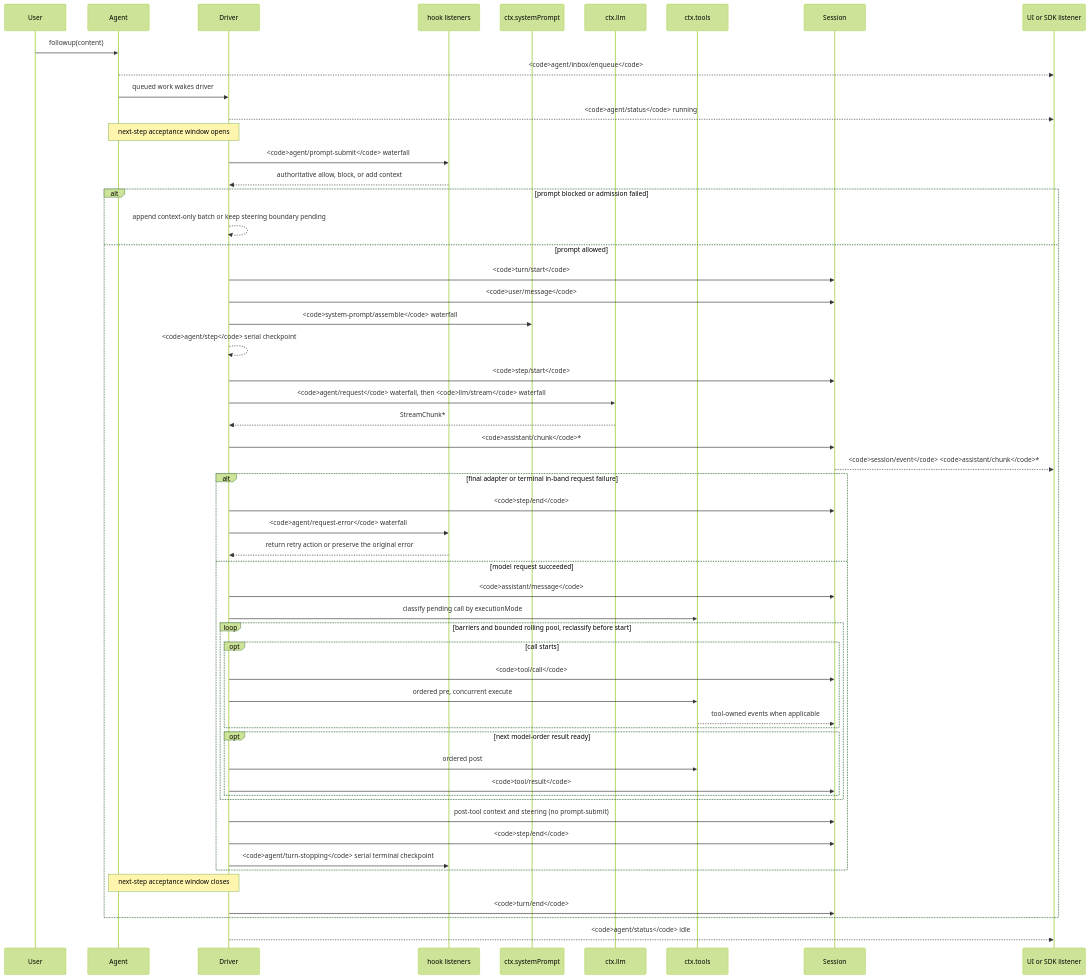
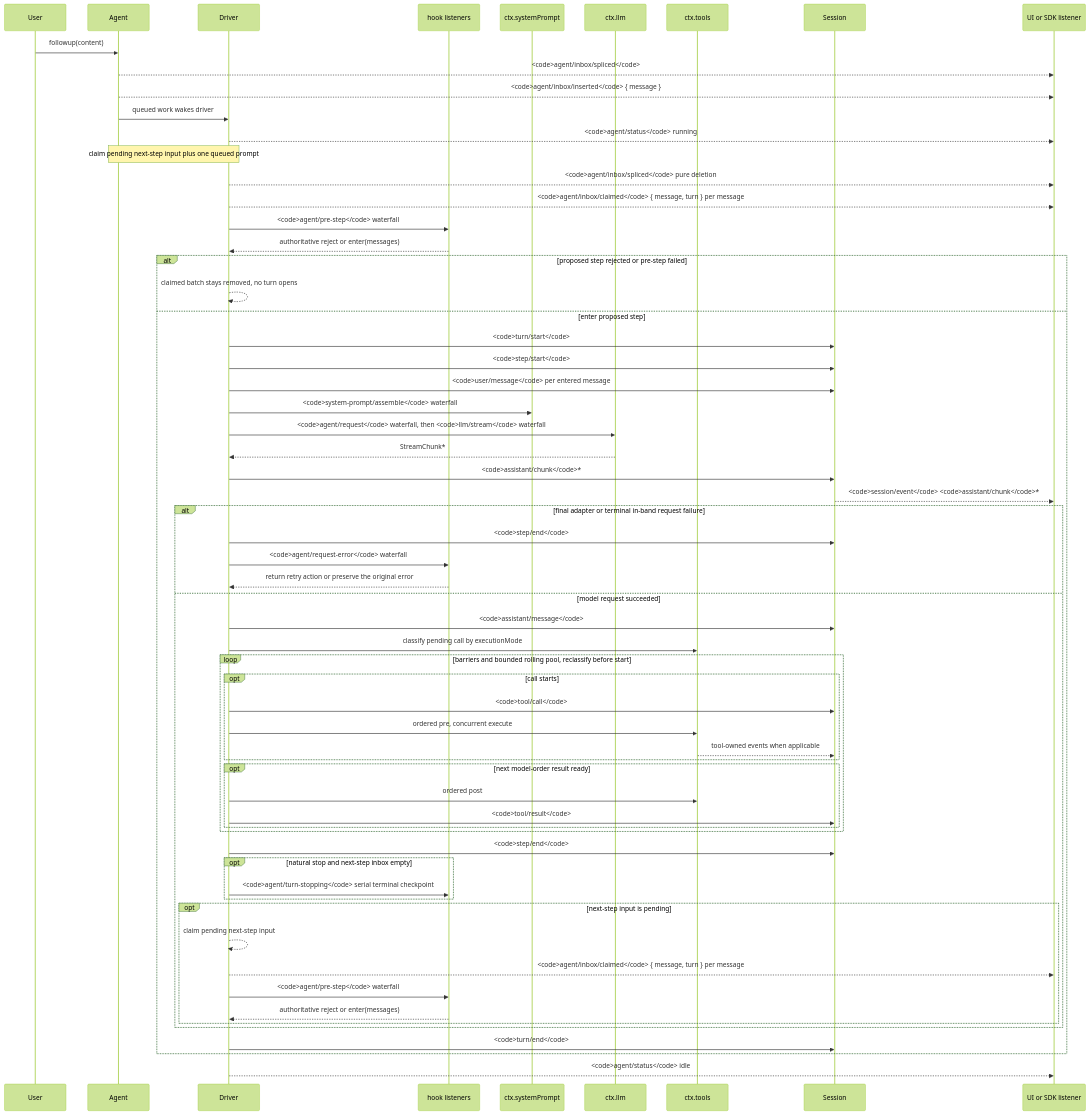
The diagram in docs/agent-lifecycle.md (eru123/coco-harness), drawn with Mermaid (forest theme) before and after one commit. The commit also changed other lines of this file and 737 other files, not shown here.

````diff
--- a/docs/agent-lifecycle.md
+++ b/docs/agent-lifecycle.md
@@ -8,57 +8,65 @@
 ```mermaid
 sequenceDiagram
   participant User
   participant Agent
   participant Driver
   participant Hooks as hook listeners
   participant Prompt as ctx.systemPrompt
   participant LLM as ctx.llm
   participant Tools as ctx.tools
   participant Session
   participant SDK as UI or SDK listener
   User->>Agent: followup(content)
-  Agent-->>SDK: <code>agent/inbox/enqueue</code>
+  Agent-->>SDK: <code>agent/inbox/spliced</code>
+  Agent-->>SDK: <code>agent/inbox/inserted</code> { message }
   Agent->>Driver: queued work wakes driver
   Driver-->>SDK: <code>agent/status</code> running
-  Note over Agent,Driver: next-step acceptance window opens
-  Driver->>Hooks: <code>agent/prompt-submit</code> waterfall
-  Hooks-->>Driver: authoritative allow, block, or add context
-  alt prompt blocked or admission failed
-    Driver-->>Driver: append context-only batch or keep steering boundary pending
-  else prompt allowed
+  Note over Agent,Driver: claim pending next-step input plus one queued prompt
+  Driver-->>SDK: <code>agent/inbox/spliced</code> pure deletion
+  Driver-->>SDK: <code>agent/inbox/claimed</code> { message, turn } per message
+  Driver->>Hooks: <code>agent/pre-step</code> waterfall
+  Hooks-->>Driver: authoritative reject or enter(messages)
+  alt proposed step rejected or pre-step failed
+    Driver-->>Driver: claimed batch stays removed, no turn opens
+  else enter proposed step
   Driver->>Session: <code>turn/start</code>
-  Driver->>Session: <code>user/message</code>
+  Driver->>Session: <code>step/start</code>
+  Driver->>Session: <code>user/message</code> per entered message
   Driver->>Prompt: <code>system-prompt/assemble</code> waterfall
-  Driver-->>Driver: <code>agent/step</code> serial checkpoint
-  Driver->>Session: <code>step/start</code>
   Driver->>LLM: <code>agent/request</code> waterfall, then <code>llm/stream</code> waterfall
   LLM-->>Driver: StreamChunk*
   Driver->>Session: <code>assistant/chunk</code>*
   Session-->>SDK: <code>session/event</code> <code>assistant/chunk</code>*
   alt final adapter or terminal in-band request failure
     Driver->>Session: <code>step/end</code>
     Driver->>Hooks: <code>agent/request-error</code> waterfall
     Hooks-->>Driver: return retry action or preserve the original error
   else model request succeeded
   Driver->>Session: <code>assistant/message</code>
   Driver->>Tools: classify pending call by executionMode
   loop barriers and bounded rolling pool, reclassify before start
     opt call starts
       Driver->>Session: <code>tool/call</code>
       Driver->>Tools: ordered pre, concurrent execute
       Tools-->>Session: tool-owned events when applicable
     end
     opt next model-order result ready
       Driver->>Tools: ordered post
       Driver->>Session: <code>tool/result</code>
     end
   end
-  Driver->>Session: post-tool context and steering (no prompt-submit)
   Driver->>Session: <code>step/end</code>
-  Driver->>Hooks: <code>agent/turn-stopping</code> serial terminal checkpoint
+  opt natural stop and next-step inbox empty
+    Driver->>Hooks: <code>agent/turn-stopping</code> serial terminal checkpoint
   end
-  Note over Agent,Driver: next-step acceptance window closes
+  opt next-step input is pending
+    Driver-->>Driver: claim pending next-step input
+    Driver-->>SDK: <code>agent/inbox/claimed</code> { message, turn } per message
+    Driver->>Hooks: <code>agent/pre-step</code> waterfall
+    Hooks-->>Driver: authoritative reject or enter(messages)
+  end
+  end
   Driver->>Session: <code>turn/end</code>
   end
   Driver-->>SDK: <code>agent/status</code> idle
 ```
````
